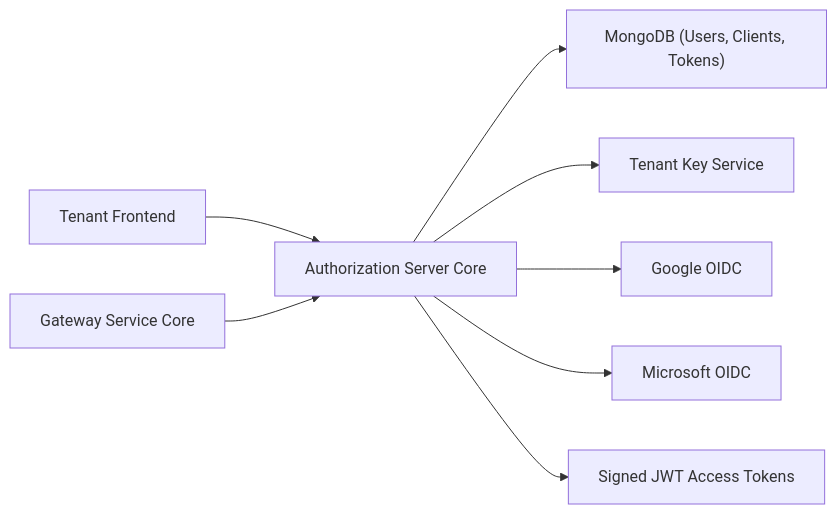
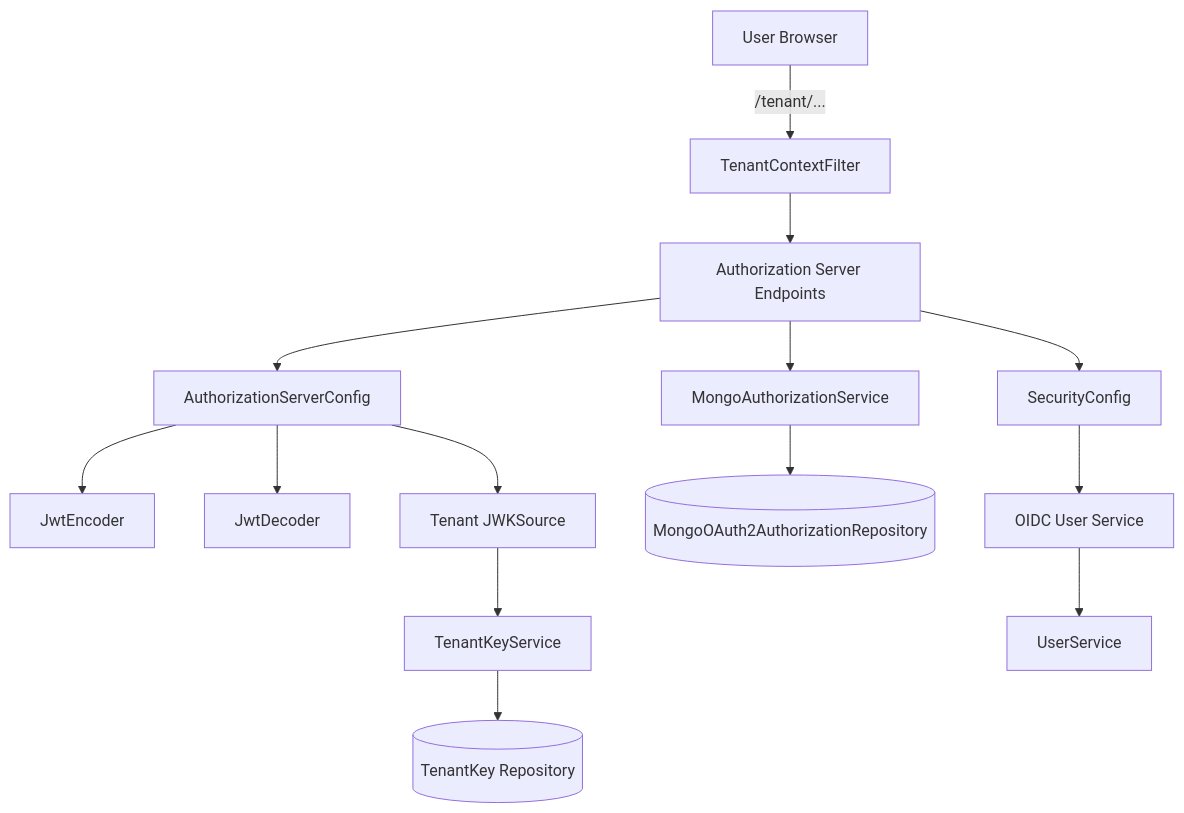
One commit to Praesto-Pro/openframe-oss-tenant changed the first of 6 diagrams in docs/architecture/authorization-server-core/authorization-server-core.md. Above: the diagram before and after it, drawn with Mermaid. The commit also changed other lines of this file and 214 other files, not shown here.

````diff
--- a/docs/architecture/authorization-server-core/authorization-server-core.md
+++ b/docs/architecture/authorization-server-core/authorization-server-core.md
@@ -20,10 +28,20 @@
 ```mermaid
-flowchart LR
-    Browser["Tenant Frontend"] --> AuthServer["Authorization Server Core"]
-    Gateway["Gateway Service Core"] --> AuthServer
-    AuthServer --> Mongo["MongoDB (Users, Clients, Tokens)"]
-    AuthServer --> KeyStore["Tenant Key Service"]
-    AuthServer --> Google["Google OIDC"]
-    AuthServer --> Microsoft["Microsoft OIDC"]
-    AuthServer --> Jwt["Signed JWT Access Tokens"]
+flowchart TD
+    Browser["User Browser"] -->|"/tenant/..."| TenantFilter["TenantContextFilter"]
+    TenantFilter --> AuthServer["Authorization Server Endpoints"]
+    AuthServer --> SecurityConfig["SecurityConfig"]
+    AuthServer --> AuthzConfig["AuthorizationServerConfig"]
+
+    AuthzConfig --> JwtEncoder["JwtEncoder"]
+    AuthzConfig --> JwtDecoder["JwtDecoder"]
+    AuthzConfig --> JwkSource["Tenant JWKSource"]
+
+    JwkSource --> TenantKeyService["TenantKeyService"]
+    TenantKeyService --> MongoKeys[("TenantKey Repository")]
+
+    AuthServer --> MongoAuthService["MongoAuthorizationService"]
+    MongoAuthService --> MongoAuthRepo[("MongoOAuth2AuthorizationRepository")]
+
+    SecurityConfig --> OidcService["OIDC User Service"]
+    OidcService --> UserService["UserService"]
 ```
````
